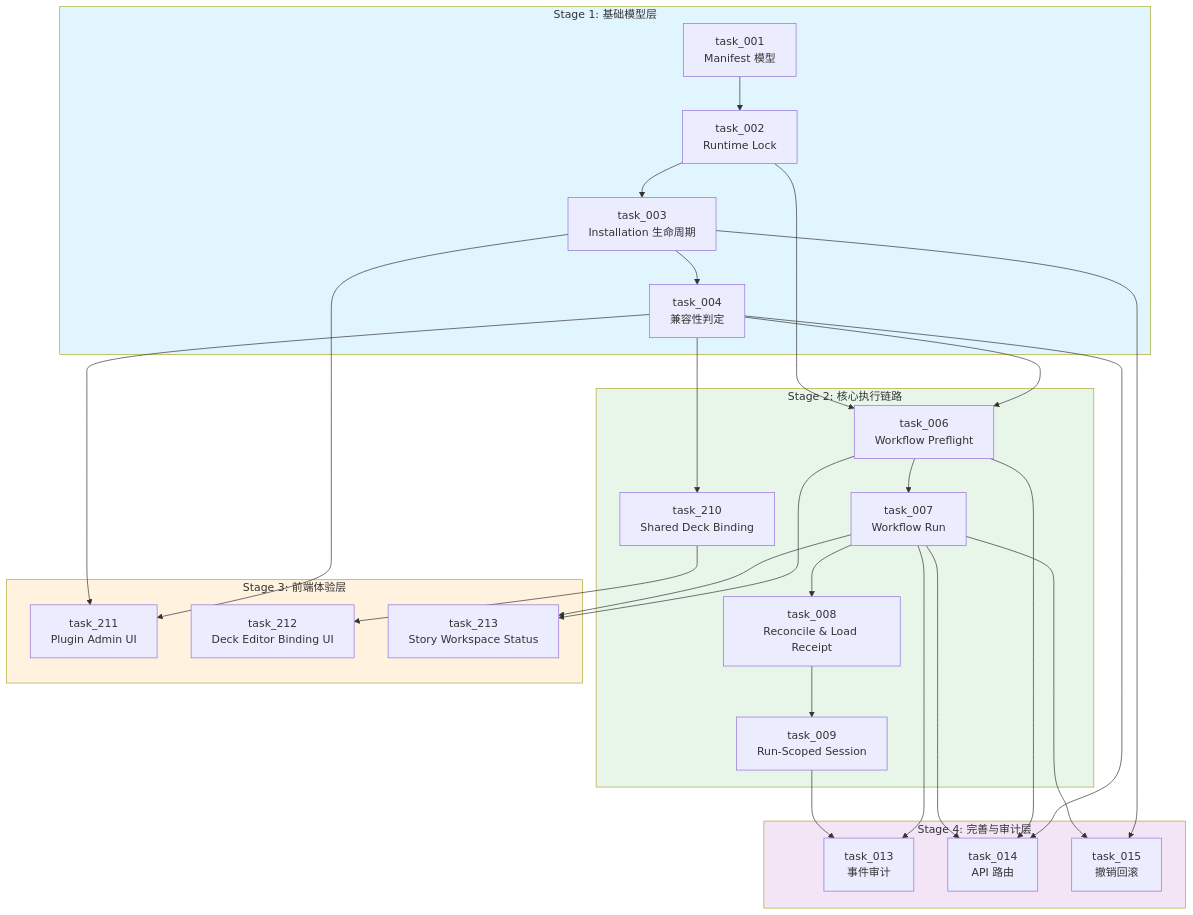
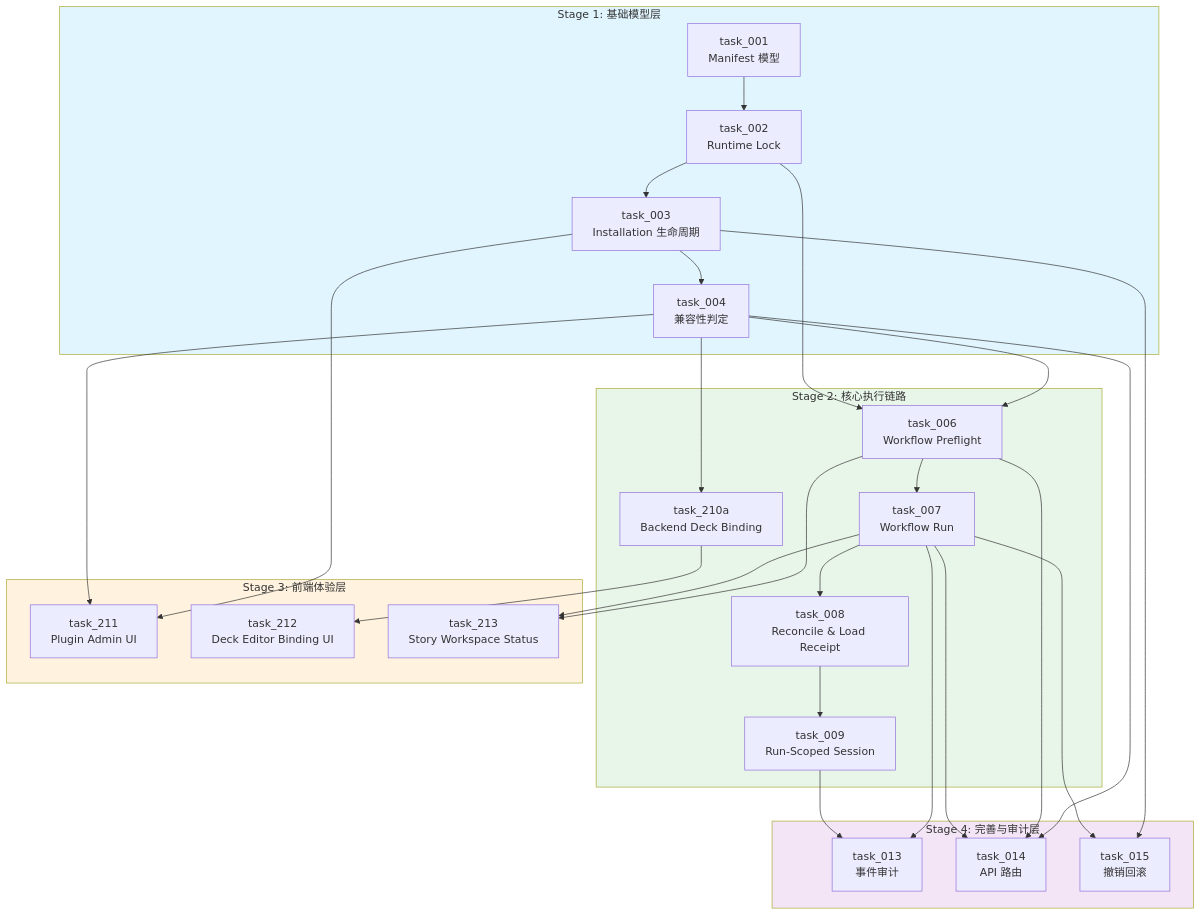
The diagram in docs/stage/stage_deck-plugin-voice-ink-dream-integration.md (glide-the/im-dream), drawn with Mermaid before and after one commit. The commit also changed other lines of this file, not shown here.

First line of the commit message:
stage(deck-plugin): SUO-280 增量修正 Shared Binding 拆分与 Stage 2 Wave 1 映射

````diff
--- a/docs/stage/stage_deck-plugin-voice-ink-dream-integration.md
+++ b/docs/stage/stage_deck-plugin-voice-ink-dream-integration.md
@@ -404,52 +468,52 @@
 ```mermaid
 flowchart TB
     subgraph Stage1["Stage 1: 基础模型层"]
         T001["task_001<br/>Manifest 模型"]
         T002["task_002<br/>Runtime Lock"]
         T003["task_003<br/>Installation 生命周期"]
         T004["task_004<br/>兼容性判定"]
     end
 
     subgraph Stage2["Stage 2: 核心执行链路"]
-        T210["task_210<br/>Shared Deck Binding"]
+        T210a["task_210a<br/>Backend Deck Binding"]
         T006["task_006<br/>Workflow Preflight"]
         T007["task_007<br/>Workflow Run"]
         T008["task_008<br/>Reconcile & Load Receipt"]
         T009["task_009<br/>Run-Scoped Session"]
     end
 
     subgraph Stage3["Stage 3: 前端体验层"]
         T211["task_211<br/>Plugin Admin UI"]
         T212["task_212<br/>Deck Editor Binding UI"]
         T213["task_213<br/>Story Workspace Status"]
     end
 
     subgraph Stage4["Stage 4: 完善与审计层"]
         T013["task_013<br/>事件审计"]
         T014["task_014<br/>API 路由"]
         T015["task_015<br/>撤销回滚"]
     end
 
     T001 --> T002 --> T003 --> T004
-    T004 --> T210
+    T004 --> T210a
     T004 --> T006
     T002 --> T006
     T006 --> T007 --> T008 --> T009
-    T210 --> T212
+    T210a --> T212
     T003 --> T211
     T004 --> T211
     T006 --> T213
     T007 --> T213
     T007 --> T013
     T009 --> T013
     T004 --> T014
     T006 --> T014
     T007 --> T014
     T003 --> T015
     T007 --> T015
 
     style Stage1 fill:#e1f5fe
     style Stage2 fill:#e8f5e9
     style Stage3 fill:#fff3e0
     style Stage4 fill:#f3e5f5
 ```
````
